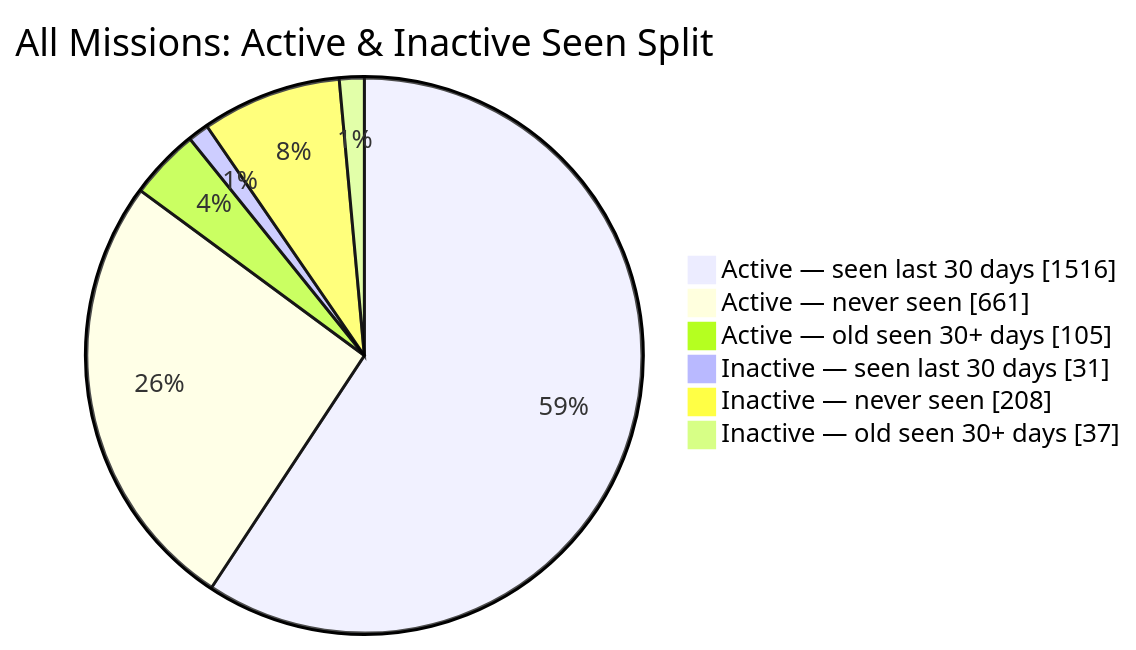
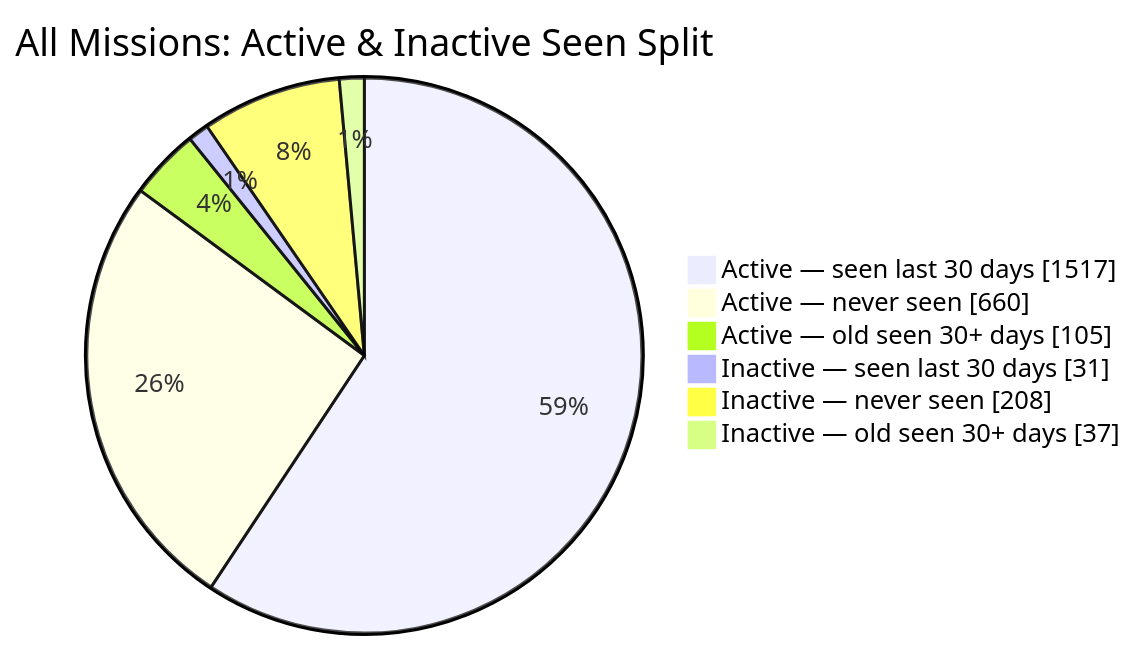
Before and after one commit to MeldkamerspelGameTeam/active-missions: the second of 2 diagrams in README.md, drawn with Mermaid. The commit also changed other lines of this file and 2 other files, not shown here.

````diff
--- a/README.md
+++ b/README.md
@@ -44,10 +44,10 @@
 ```mermaid
 pie showData
     title All Missions: Active & Inactive Seen Split
-    "Active — seen last 30 days" : 1516
-    "Active — never seen" : 661
+    "Active — seen last 30 days" : 1517
+    "Active — never seen" : 660
     "Active — old seen 30+ days" : 105
     "Inactive — seen last 30 days" : 31
     "Inactive — never seen" : 208
     "Inactive — old seen 30+ days" : 37
 ```
````
